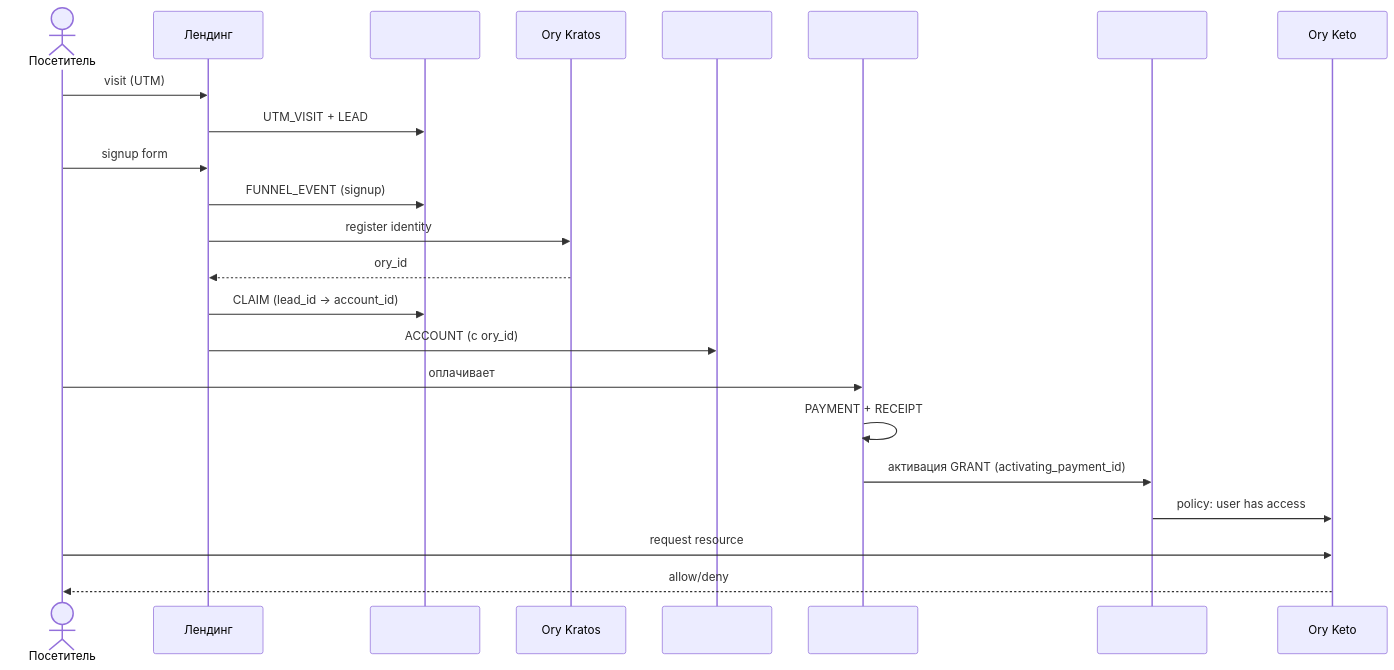
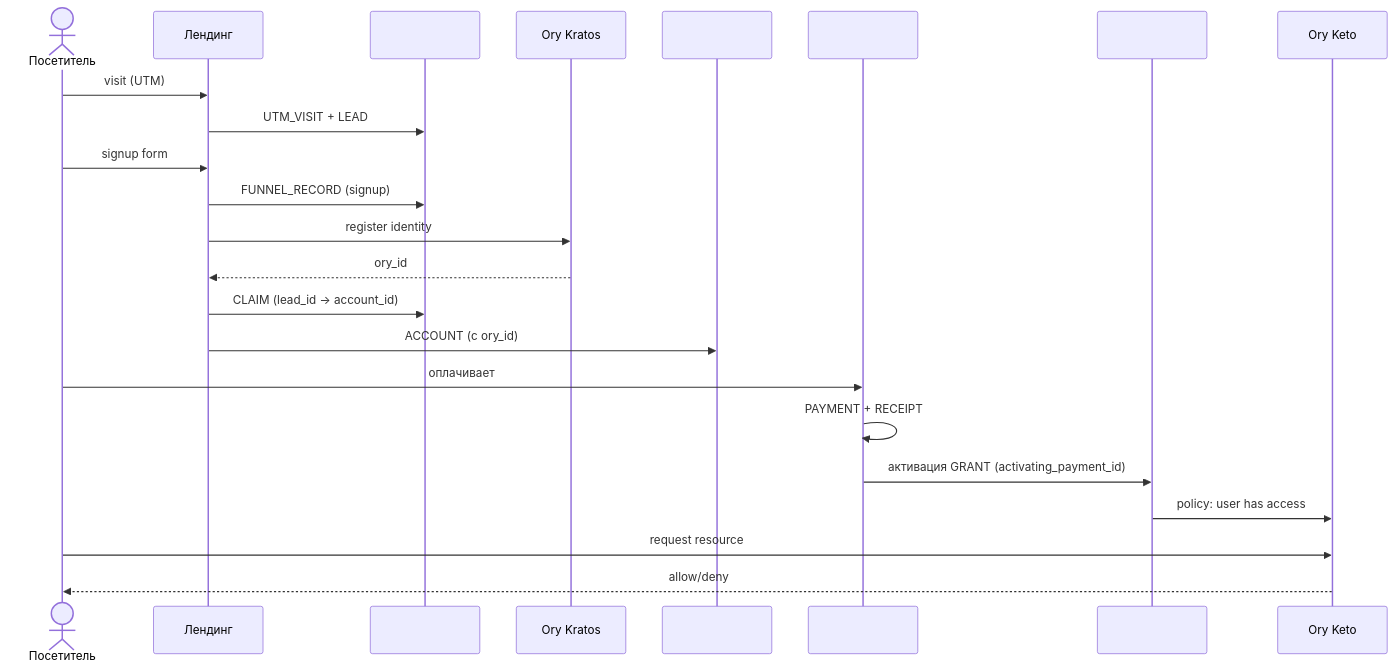
One commit to TserenTserenov/PACK-digital-platform changed diagram 15 of 17 in pack/digital-platform/02-domain-entities/DP.ARCH.004-neon-data-architecture.md. Above: the diagram before and after it, drawn with Mermaid. The commit also changed other lines of this file and 2 other files, not shown here.

````diff
--- a/pack/digital-platform/02-domain-entities/DP.ARCH.004-neon-data-architecture.md
+++ b/pack/digital-platform/02-domain-entities/DP.ARCH.004-neon-data-architecture.md
@@ -1309,26 +1434,26 @@
 ```mermaid
 sequenceDiagram
     actor User as Посетитель
     participant Landing as Лендинг
     participant Lead as #11 lead
     participant Ory as Ory Kratos
     participant Persona as #1 persona
     participant Pay as #3 payment
     participant Sub as #4 subscription
     participant Keto as Ory Keto
 
     User->>Landing: visit (UTM)
     Landing->>Lead: UTM_VISIT + LEAD
     User->>Landing: signup form
-    Landing->>Lead: FUNNEL_EVENT (signup)
+    Landing->>Lead: FUNNEL_RECORD (signup)
     Landing->>Ory: register identity
     Ory-->>Landing: ory_id
     Landing->>Lead: CLAIM (lead_id → account_id)
     Landing->>Persona: ACCOUNT (с ory_id)
     User->>Pay: оплачивает
     Pay->>Pay: PAYMENT + RECEIPT
     Pay->>Sub: активация GRANT (activating_payment_id)
     Sub->>Keto: policy: user has access
     User->>Keto: request resource
     Keto-->>User: allow/deny
 ```
````
